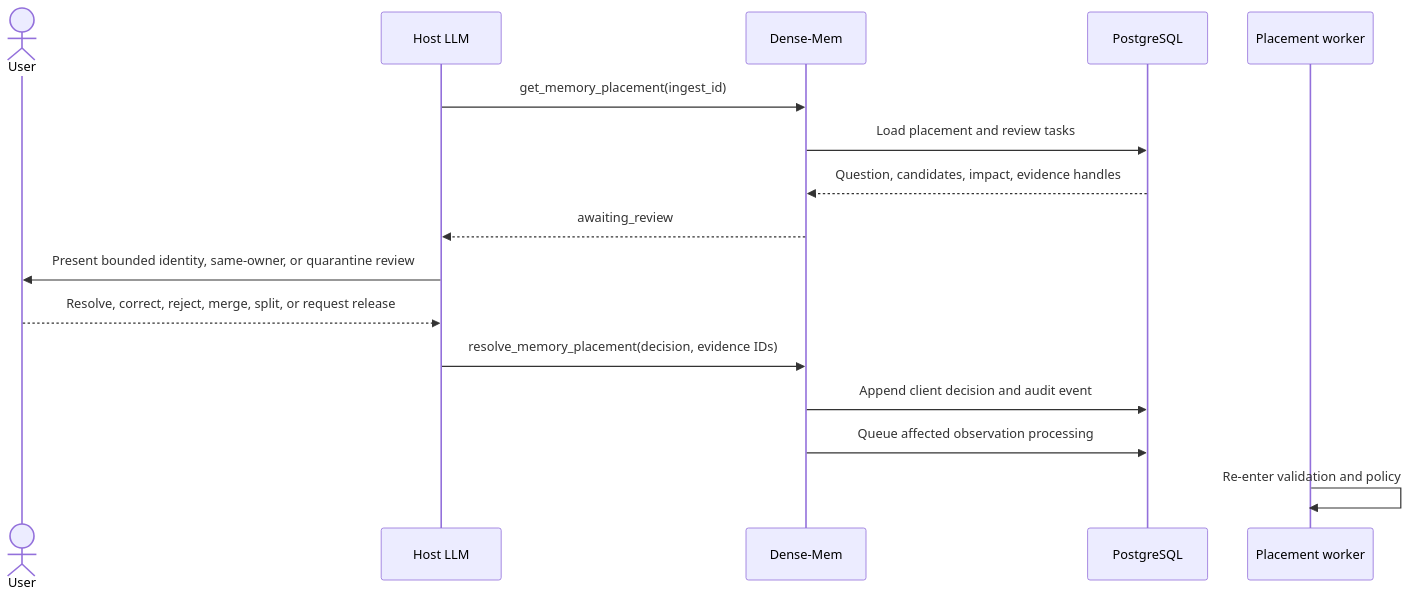
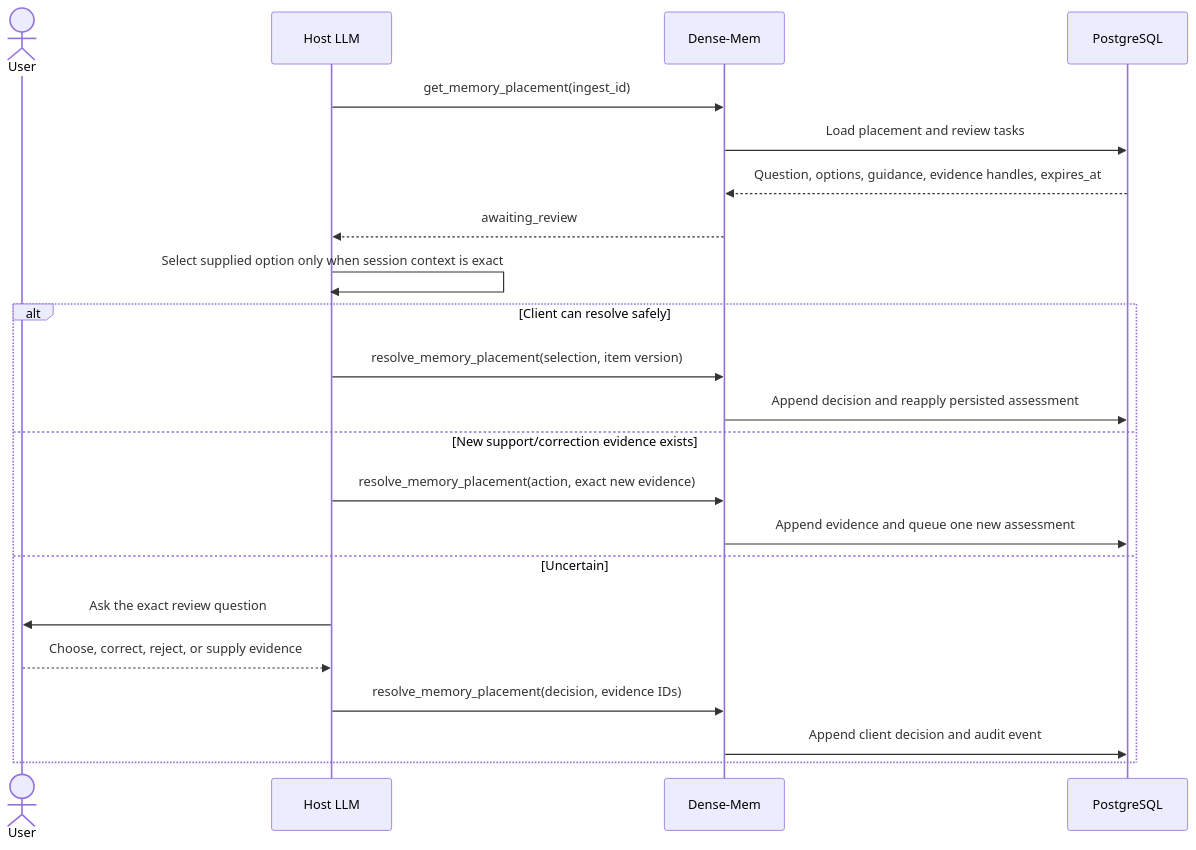
One commit to markhuangai/dense-mem changed diagram 13 of 14 in Write-Pipeline.md. Above: the diagram before and after it, drawn with Mermaid. The commit also changed other lines of this file and 24 other files, not shown here.

Commit message:
Document V2.4 one-call placement architecture

````diff
--- a/Write-Pipeline.md
+++ b/Write-Pipeline.md
@@ -913,20 +1144,26 @@
 ```mermaid
 %%{init: {"sequence": {"rightAngles": true}}}%%
 sequenceDiagram
   actor User
   participant Host as Host LLM
   participant API as Dense-Mem
   participant PG as PostgreSQL
-  participant Worker as Placement worker
 
   Host->>API: get_memory_placement(ingest_id)
   API->>PG: Load placement and review tasks
-  PG-->>API: Question, candidates, impact, evidence handles
+  PG-->>API: Question, options, guidance, evidence handles, expires_at
   API-->>Host: awaiting_review
-  Host->>User: Present bounded identity, same-owner, or quarantine review
-  User-->>Host: Resolve, correct, reject, merge, split, or request release
-  Host->>API: resolve_memory_placement(decision, evidence IDs)
-  API->>PG: Append client decision and audit event
-  API->>PG: Queue affected observation processing
-  Worker->>Worker: Re-enter validation and policy
+  Host->>Host: Select supplied option only when session context is exact
+  alt Client can resolve safely
+    Host->>API: resolve_memory_placement(selection, item version)
+    API->>PG: Append decision and reapply persisted assessment
+  else New support/correction evidence exists
+    Host->>API: resolve_memory_placement(action, exact new evidence)
+    API->>PG: Append evidence and queue one new assessment
+  else Uncertain
+    Host->>User: Ask the exact review question
+    User-->>Host: Choose, correct, reject, or supply evidence
+    Host->>API: resolve_memory_placement(decision, evidence IDs)
+    API->>PG: Append client decision and audit event
+  end
 ```
````
